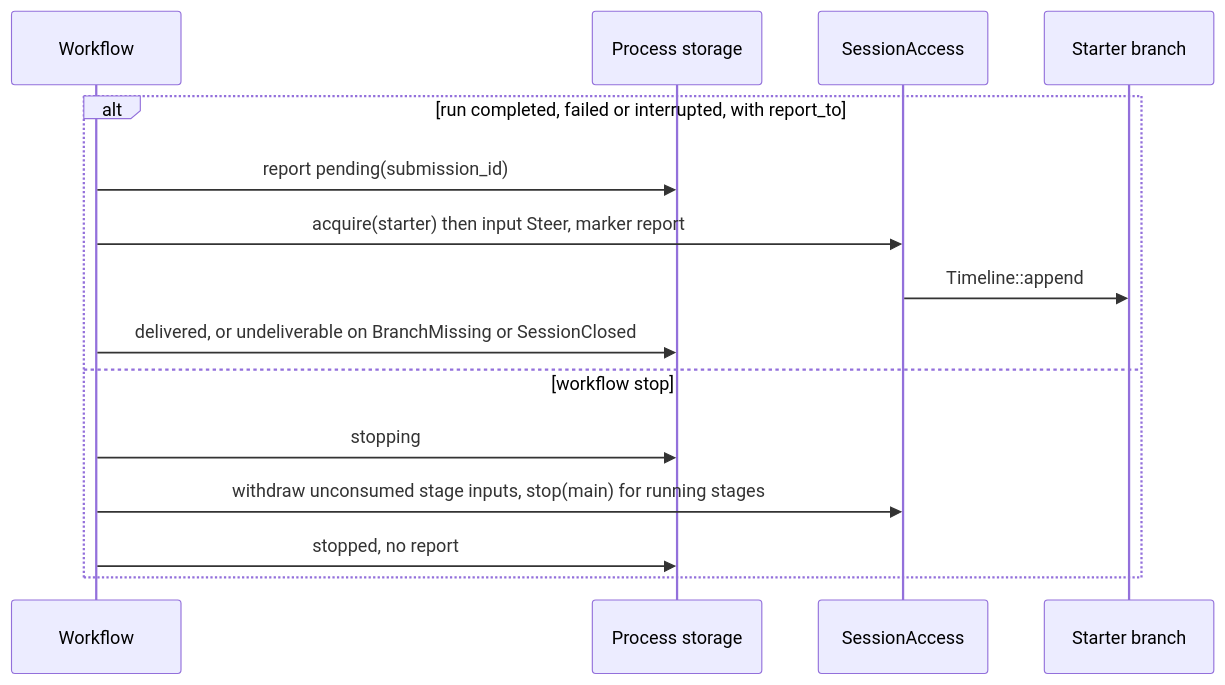
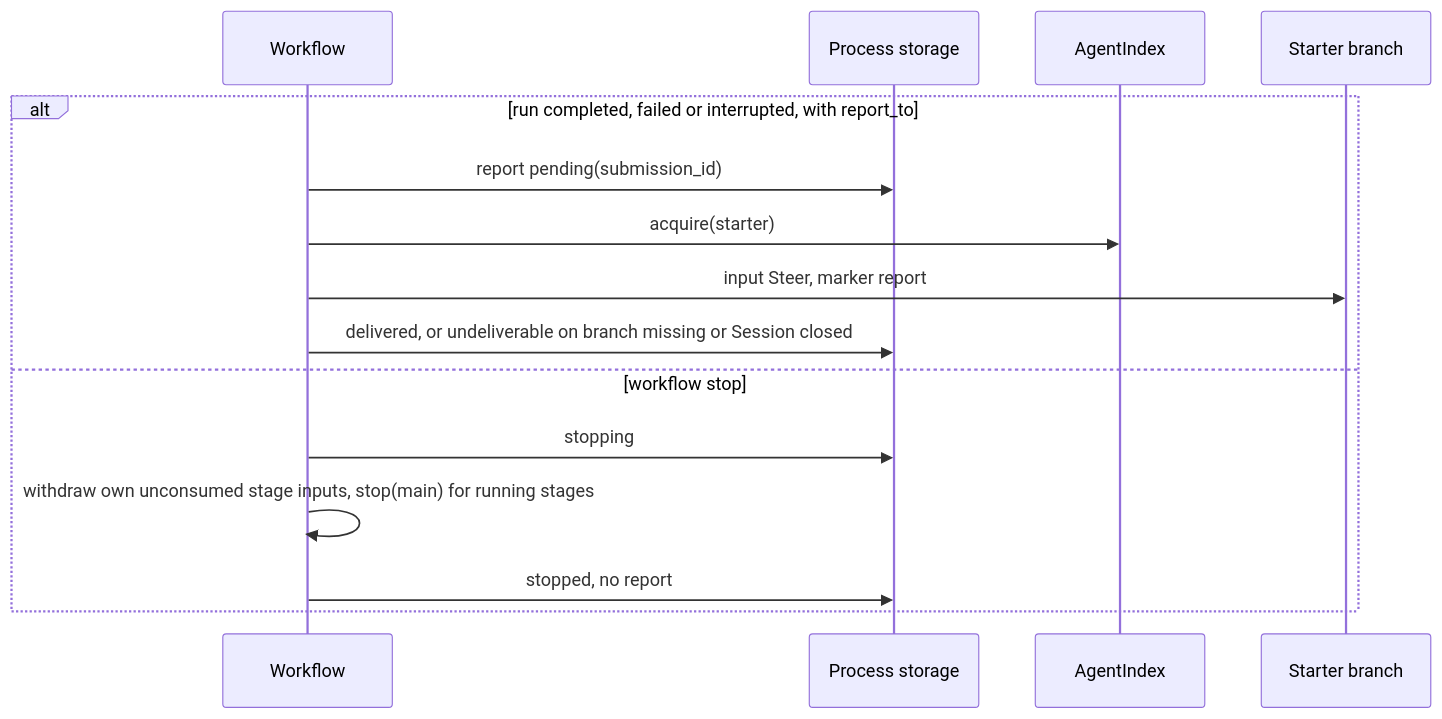
Before and after one commit to CoutinhoTTS/dim-agent: the fourth of 6 diagrams in docs/design/plugins/Workflow.md, drawn with Mermaid. The commit also changed other lines of this file and 3 other files, not shown here.

````diff
--- a/docs/design/plugins/Workflow.md
+++ b/docs/design/plugins/Workflow.md
@@ -123,17 +121,17 @@
 ```mermaid
 sequenceDiagram
   participant WF as Workflow
   participant ST as Process storage
-  participant SA as SessionAccess
+  participant AI as AgentIndex
   participant STB as Starter branch
   alt run completed, failed or interrupted, with report_to
     WF->>ST: report pending(submission_id)
-    WF->>SA: acquire(starter) then input Steer, marker report
-    SA->>STB: Timeline::append
-    WF->>ST: delivered, or undeliverable on BranchMissing or SessionClosed
+    WF->>AI: acquire(starter)
+    WF->>STB: input Steer, marker report
+    WF->>ST: delivered, or undeliverable on branch missing or Session closed
   else workflow stop
     WF->>ST: stopping
-    WF->>SA: withdraw unconsumed stage inputs, stop(main) for running stages
+    WF->>WF: withdraw own unconsumed stage inputs, stop(main) for running stages
     WF->>ST: stopped, no report
   end
 ```
````
